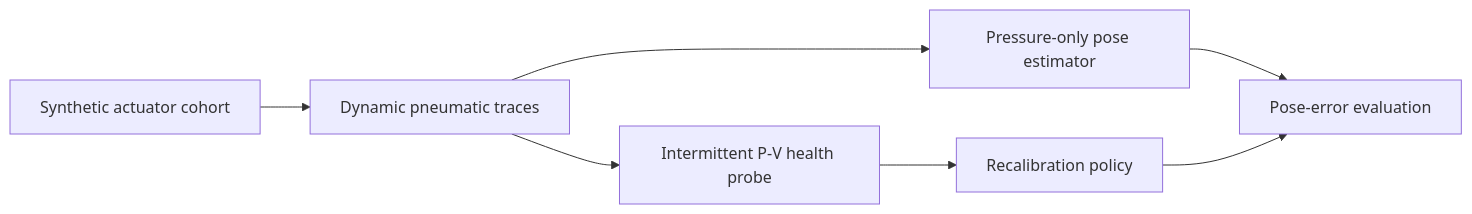
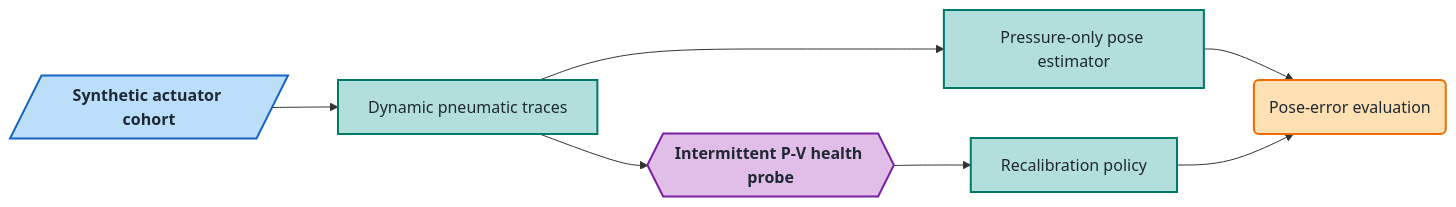
One commit to 500ft/P-V-Fatigue-Manifold-Proprioception changed the diagram in README.md. Above: the diagram before and after it, drawn with Mermaid. The commit also changed other lines of this file, not shown here.

Commit message:
docs: re-encode method diagram in the repo-standard visual language
Role-encoded mermaid (shape carries the role, color reinforces it):
parallelogram = input, rectangle = process, hexagon = core method,
diamond = gate, rounded = result, pill = endpoint. Same flow content.

````diff
--- a/README.md
+++ b/README.md
@@ -33,9 +33,14 @@
 ```mermaid
 flowchart LR
-    A[Synthetic actuator cohort] --> B[Dynamic pneumatic traces]
-    B --> C[Pressure-only pose estimator]
-    B --> D[Intermittent P-V health probe]
-    D --> E[Recalibration policy]
-    C --> F[Pose-error evaluation]
+    classDef input    fill:#bbdefb,stroke:#1565c0,stroke-width:2px,color:#1f2933,font-weight:bold;
+    classDef process  fill:#b2dfdb,stroke:#00796b,stroke-width:2px,color:#1f2933;
+    classDef core     fill:#e1bee7,stroke:#7b1fa2,stroke-width:2px,color:#1f2933,font-weight:bold;
+    classDef result   fill:#ffe0b2,stroke:#ef6c00,stroke-width:2px,color:#1f2933;
+
+    A[/Synthetic actuator cohort/]:::input --> B[Dynamic pneumatic traces]:::process
+    B --> C[Pressure-only pose estimator]:::process
+    B --> D{{Intermittent P-V health probe}}:::core
+    D --> E[Recalibration policy]:::process
+    C --> F(Pose-error evaluation):::result
     E --> F
 ```
````
